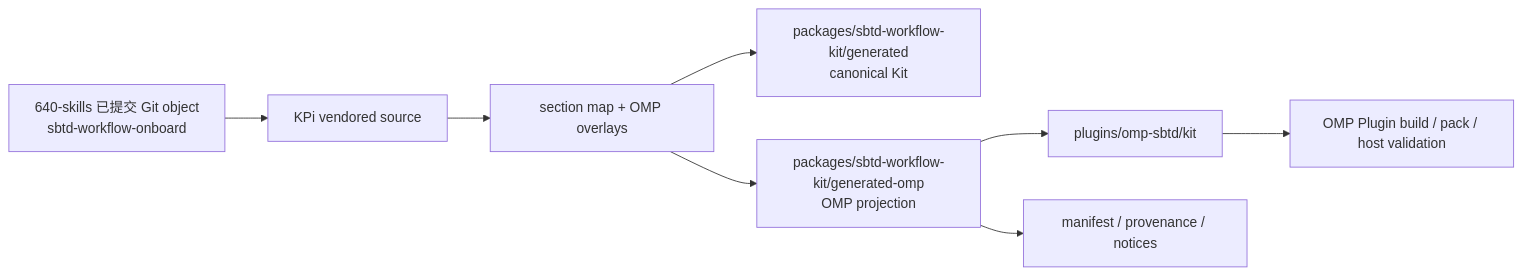
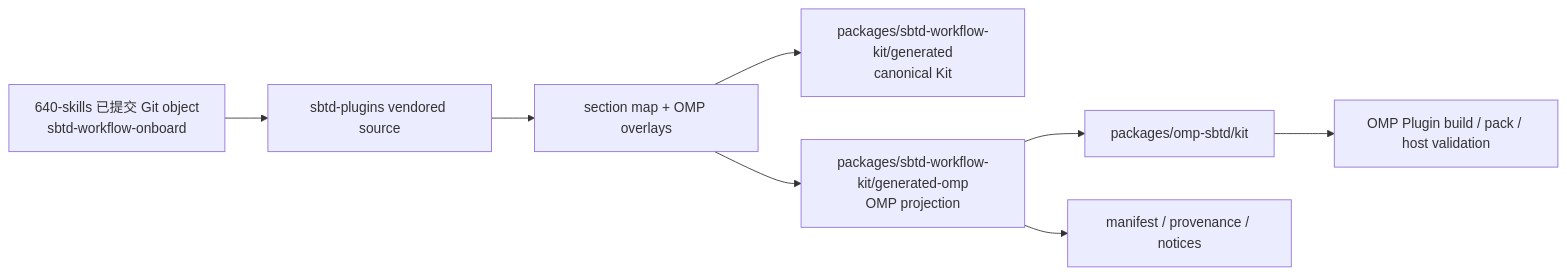
The diagram in docs/assets/omp/sbtd-workflow-onboard-to-omp-plugin-sync.md (KunoLu/sbtd-plugins), drawn with Mermaid before and after one commit. The commit also changed other lines of this file and 629 other files, not shown here.

First line of the commit message:
sync(omp-sbtd): 0.1.0-rc.14 from 640-skills v1.0.13 (#4)

````diff
--- a/docs/assets/omp/sbtd-workflow-onboard-to-omp-plugin-sync.md
+++ b/docs/assets/omp/sbtd-workflow-onboard-to-omp-plugin-sync.md
@@ -25,10 +25,10 @@
 ```mermaid
 flowchart LR
-  A[640-skills 已提交 Git object\nsbtd-workflow-onboard] --> B[KPi vendored source]
+  A[640-skills 已提交 Git object\nsbtd-workflow-onboard] --> B[sbtd-plugins vendored source]
   B --> C[section map + OMP overlays]
   C --> D[packages/sbtd-workflow-kit/generated\ncanonical Kit]
   C --> E[packages/sbtd-workflow-kit/generated-omp\nOMP projection]
-  E --> F[plugins/omp-sbtd/kit]
+  E --> F[packages/omp-sbtd/kit]
   E --> G[manifest / provenance / notices]
   F --> H[OMP Plugin build / pack / host validation]
 ```
````
